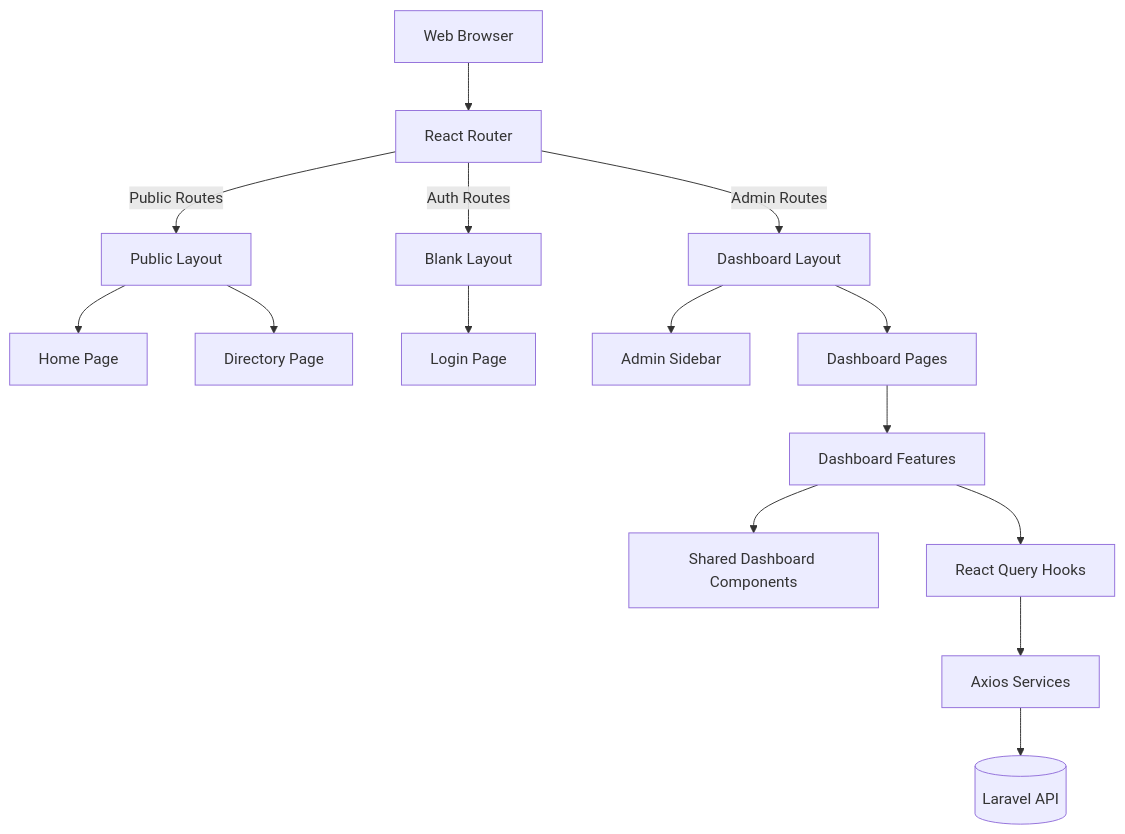
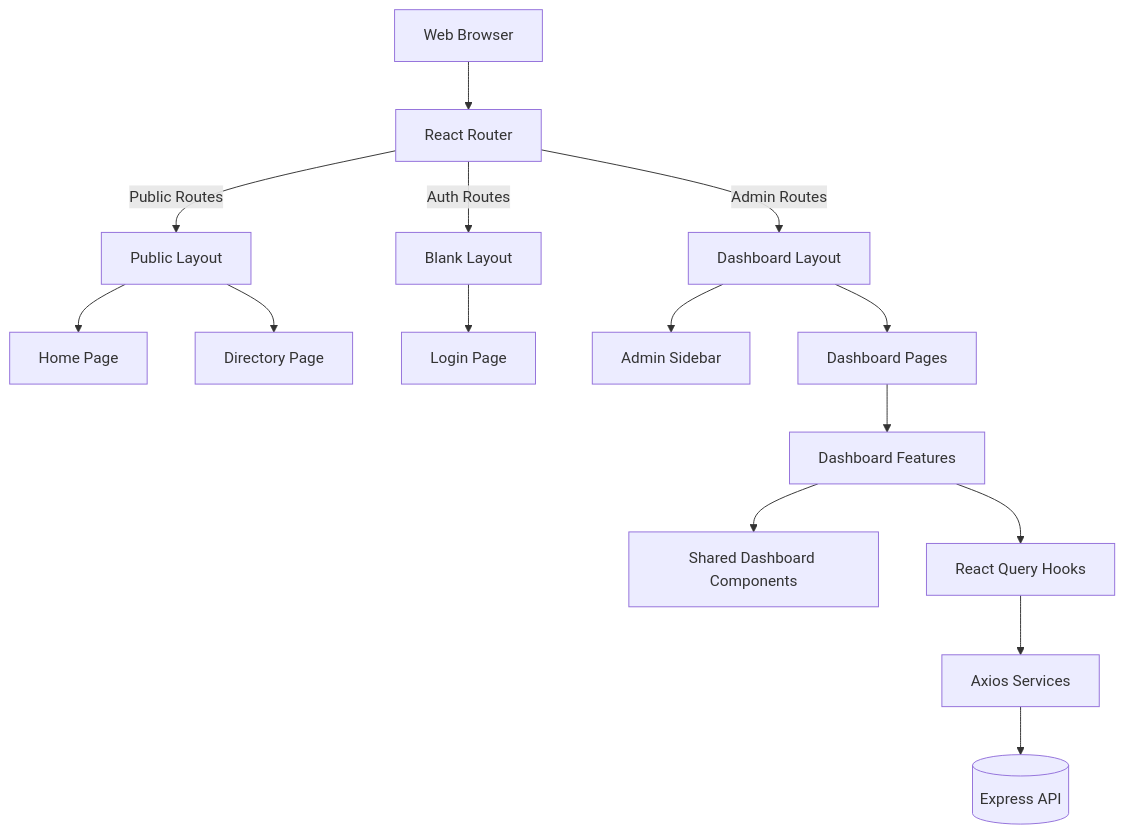
The diagram in docs/PROJECT_STRUCTURE.md (bitsy6699/WebDesa), drawn with Mermaid before and after one commit. The commit also changed other lines of this file and 545 other files, not shown here.

First line of the commit message:
migrate: Laravel → Node.js (Express + Prisma), TSX → JSX, experience redesign

````diff
--- a/docs/PROJECT_STRUCTURE.md
+++ b/docs/PROJECT_STRUCTURE.md
@@ -160,23 +151,23 @@
 ```mermaid
 graph TD
     Client[Web Browser] --> Router[React Router]
     
     Router -->|Public Routes| PublicLayout[Public Layout]
     Router -->|Auth Routes| BlankLayout[Blank Layout]
     Router -->|Admin Routes| DashboardLayout[Dashboard Layout]
     
     PublicLayout --> Home[Home Page]
     PublicLayout --> Directory[Directory Page]
     
     BlankLayout --> Login[Login Page]
     
     DashboardLayout --> Sidebar[Admin Sidebar]
     DashboardLayout --> DashPage[Dashboard Pages]
     
     DashPage --> DashFeatures[Dashboard Features]
     DashFeatures --> SharedComponents[Shared Dashboard Components]
     
     DashFeatures --> ReactQuery[React Query Hooks]
     ReactQuery --> Services[Axios Services]
-    Services --> Backend[(Laravel API)]
+    Services --> Backend[(Express API)]
 ```
````
